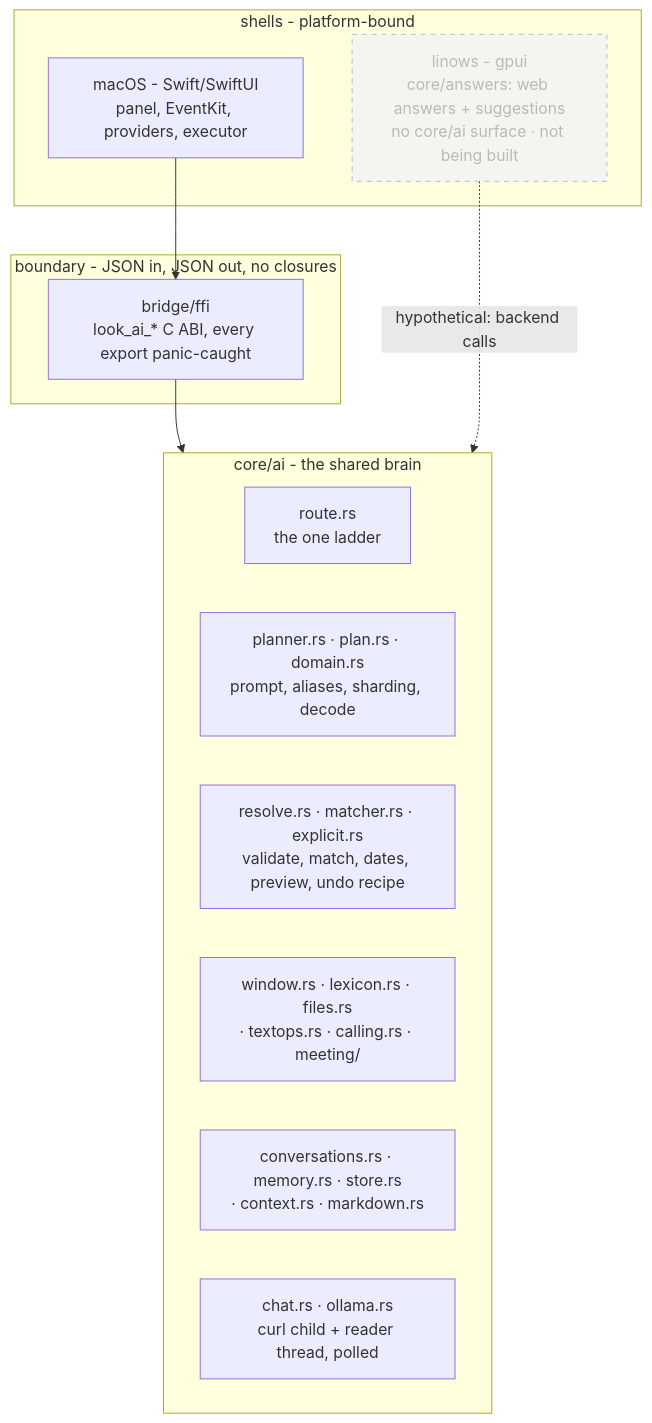
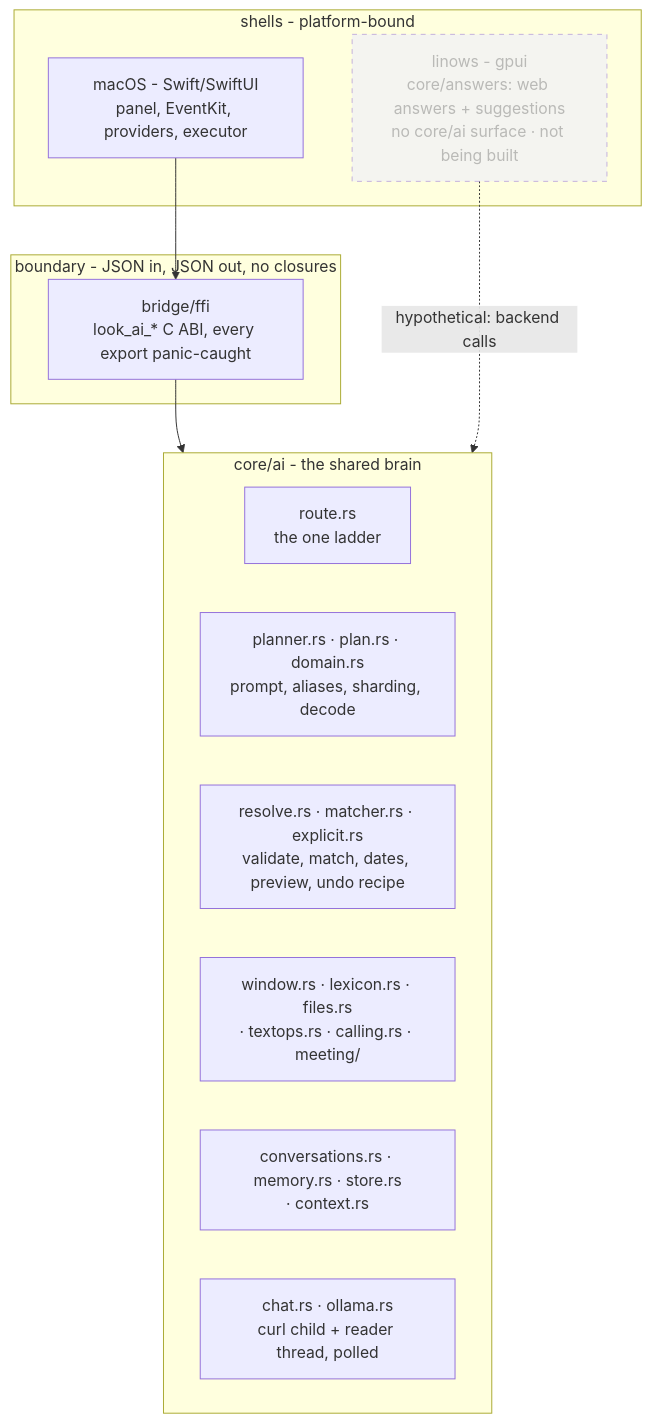
Before and after one commit to kunkka19xx/look: the first of 5 diagrams in docs/ai-architecture.md, drawn with Mermaid. The commit also changed other lines of this file and 27 other files, not shown here.

````diff
--- a/docs/ai-architecture.md
+++ b/docs/ai-architecture.md
@@ -17,26 +17,26 @@
 ```mermaid
 flowchart TB
     subgraph shells["shells - platform-bound"]
         SW["macOS - Swift/SwiftUI<br/>panel, EventKit, providers, executor"]
         TA["linows - gpui<br/>core/answers: web answers + suggestions<br/>no core/ai surface · not being built"]
     end
 
     subgraph bound["boundary - JSON in, JSON out, no closures"]
         FFI["bridge/ffi<br/>look_ai_* C ABI, every export panic-caught"]
     end
 
     subgraph core["core/ai - the shared brain"]
         RT["route.rs<br/>the one ladder"]
         PLN["planner.rs · plan.rs · domain.rs<br/>prompt, aliases, sharding, decode"]
         RES["resolve.rs · matcher.rs · explicit.rs<br/>validate, match, dates, preview, undo recipe"]
         GR["window.rs · lexicon.rs · files.rs<br/>· textops.rs · calling.rs · meeting/"]
-        ST["conversations.rs · memory.rs · store.rs<br/>· context.rs · markdown.rs"]
+        ST["conversations.rs · memory.rs · store.rs<br/>· context.rs"]
         TR["chat.rs · ollama.rs<br/>curl child + reader thread, polled"]
     end
 
     SW --> FFI --> core
     TA -. "hypothetical: backend calls" .-> core
 
     classDef unbuilt stroke-dasharray:5 5,opacity:0.55
     class TA unbuilt
 ```
````
